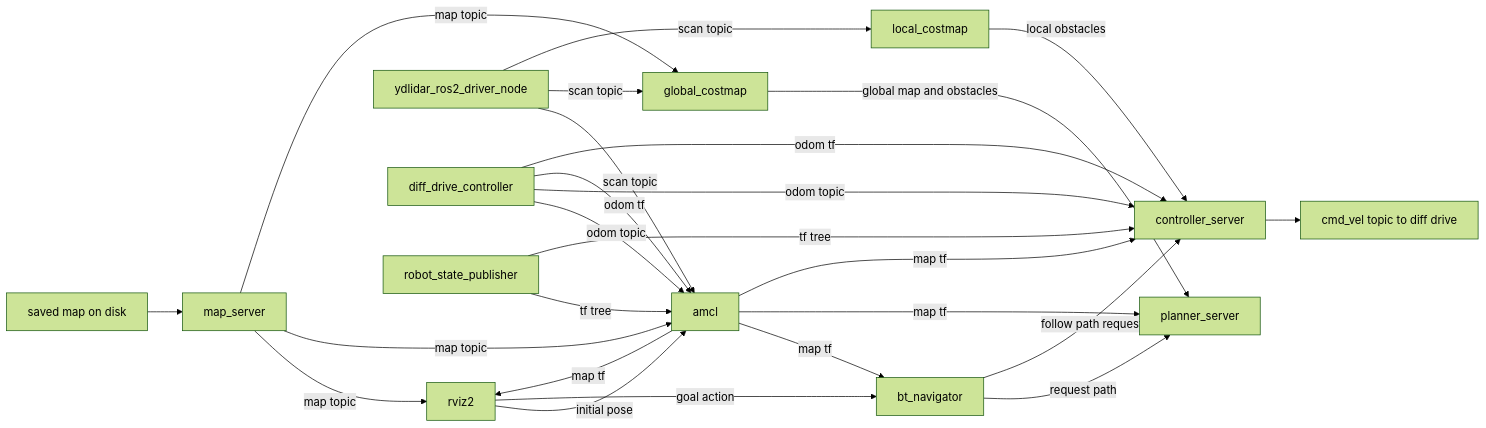
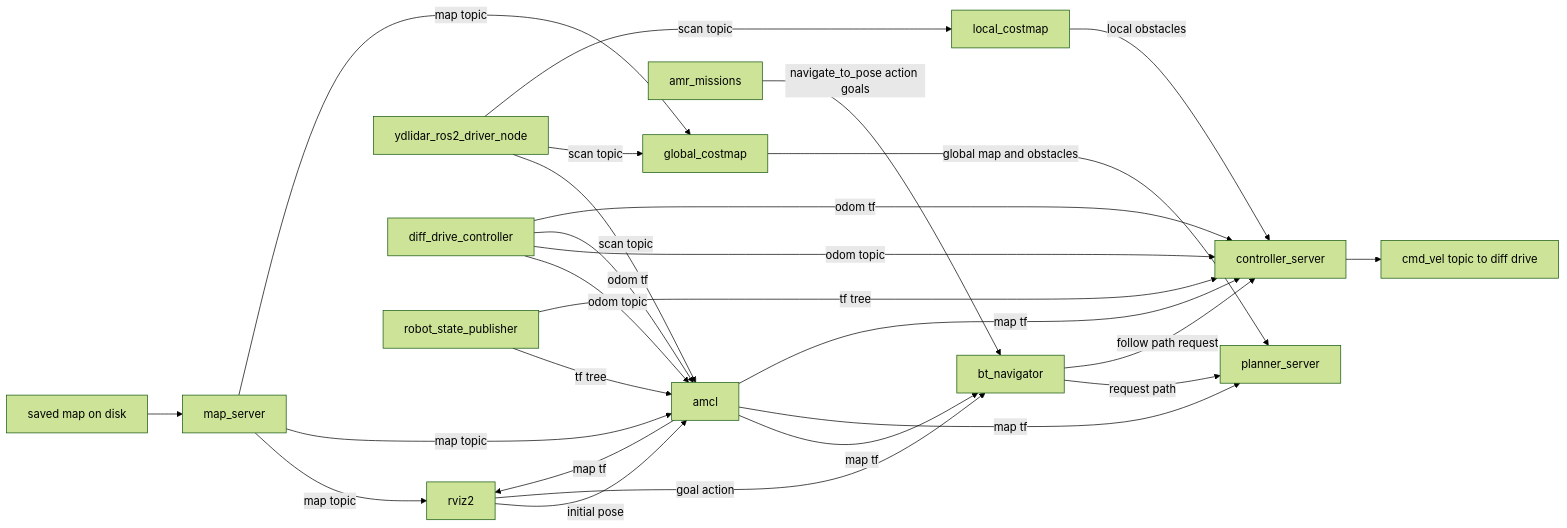
Before and after one commit to KartikMehta-1/AMR-development: the fifth of 6 diagrams in docs/ros_stack_diagrams.md, drawn with Mermaid (forest theme). The commit also changed other lines of this file and 22 other files, not shown here.

````diff
--- a/docs/ros_stack_diagrams.md
+++ b/docs/ros_stack_diagrams.md
@@ -254,46 +258,48 @@
 ```mermaid
 flowchart LR
   MAP_FILE[saved map on disk]
   MAP_SERVER[map_server]
   RVIZ[rviz2]
   AMCL[amcl]
+  MISSIONS[amr_missions]
   LIDAR[ydlidar_ros2_driver_node]
   DDC[diff_drive_controller]
   RSP[robot_state_publisher]
   BT[bt_navigator]
   PLANNER[planner_server]
   CONTROLLER[controller_server]
   GCM[global_costmap]
   LCM[local_costmap]
   DDCMD[cmd_vel topic to diff drive]
 
   MAP_FILE --> MAP_SERVER
   MAP_SERVER -->|map topic| RVIZ
   MAP_SERVER -->|map topic| AMCL
   MAP_SERVER -->|map topic| GCM
 
   RVIZ -->|initial pose| AMCL
   RVIZ -->|goal action| BT
+  MISSIONS -->|navigate_to_pose action goals| BT
 
   LIDAR -->|scan topic| AMCL
   LIDAR -->|scan topic| GCM
   LIDAR -->|scan topic| LCM
 
   DDC -->|odom topic| AMCL
   DDC -->|odom topic| CONTROLLER
   DDC -->|odom tf| AMCL
   DDC -->|odom tf| CONTROLLER
   RSP -->|tf tree| AMCL
   RSP -->|tf tree| CONTROLLER
 
   AMCL -->|map tf| RVIZ
   AMCL -->|map tf| BT
   AMCL -->|map tf| PLANNER
   AMCL -->|map tf| CONTROLLER
 
   BT -->|request path| PLANNER
   GCM -->|global map and obstacles| PLANNER
   BT -->|follow path request| CONTROLLER
   LCM -->|local obstacles| CONTROLLER
   CONTROLLER --> DDCMD
 ```
````
